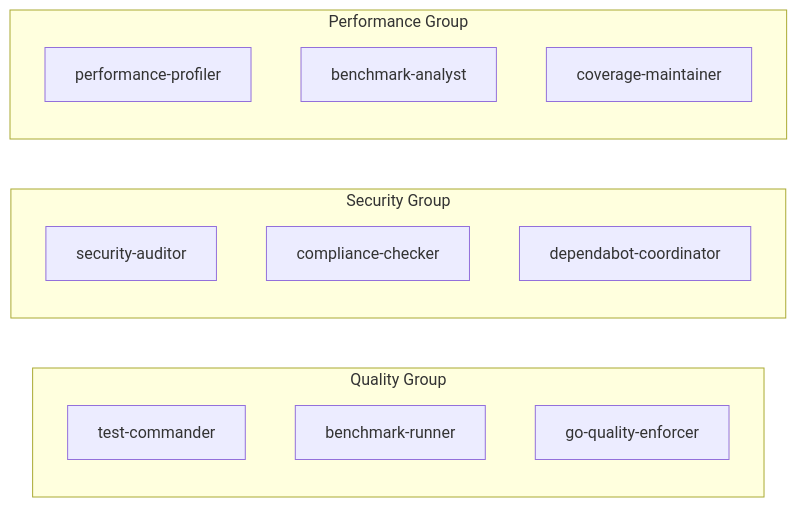
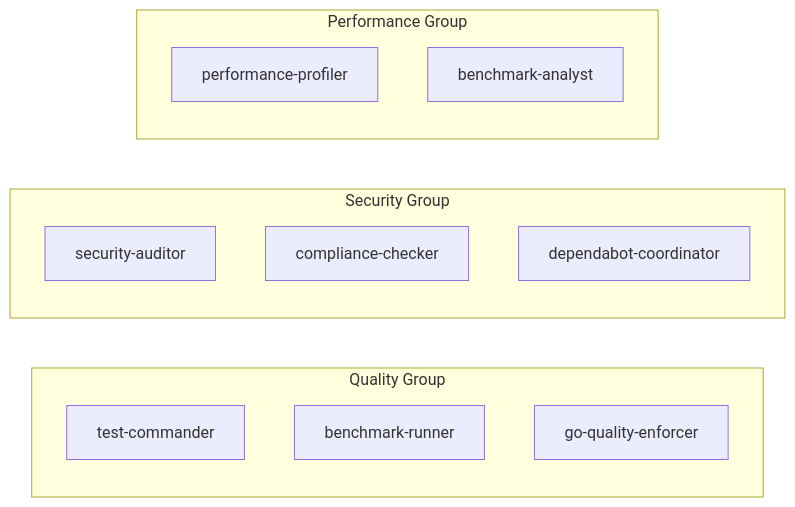
Before and after one commit to mrz1836/go-broadcast: the diagram in docs/sub-agents.md, drawn with Mermaid. The commit also changed other lines of this file and 23 other files, not shown here.

````diff
--- a/docs/sub-agents.md
+++ b/docs/sub-agents.md
@@ -286,20 +285,19 @@
 ```mermaid
 graph LR
     subgraph "Quality Group"
         TC[test-commander]
         BR[benchmark-runner]
         GQ[go-quality-enforcer]
     end
 
     subgraph "Security Group"
         SA[security-auditor]
         CC[compliance-checker]
         DC[dependabot-coordinator]
     end
 
     subgraph "Performance Group"
         PP[performance-profiler]
         BA[benchmark-analyst]
-        CM[coverage-maintainer]
     end
 ```
````
